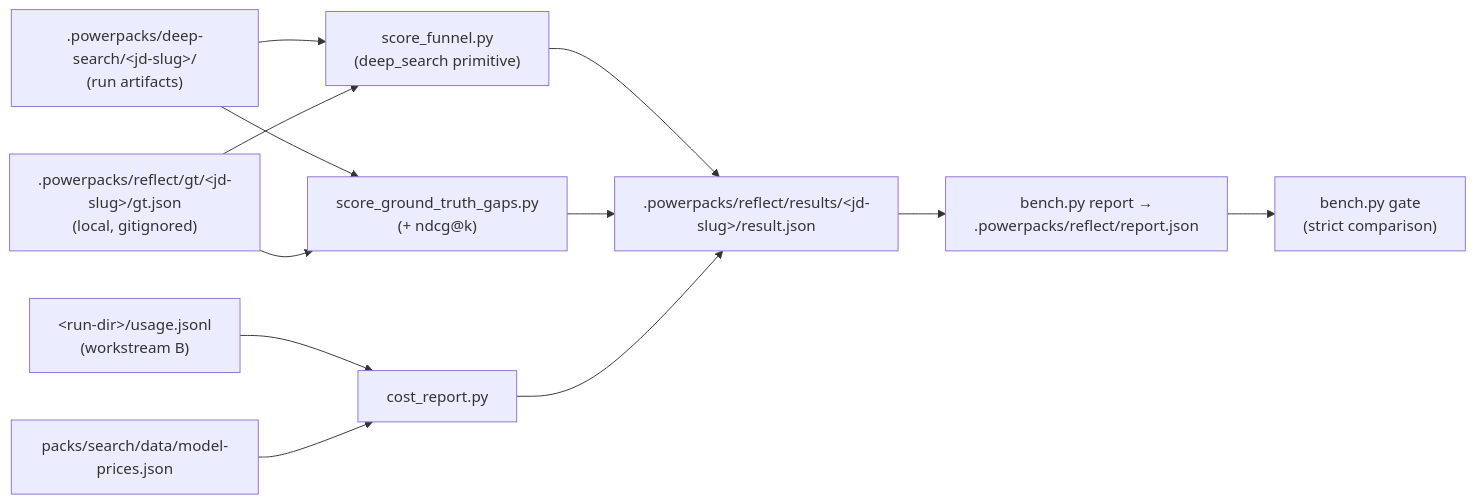
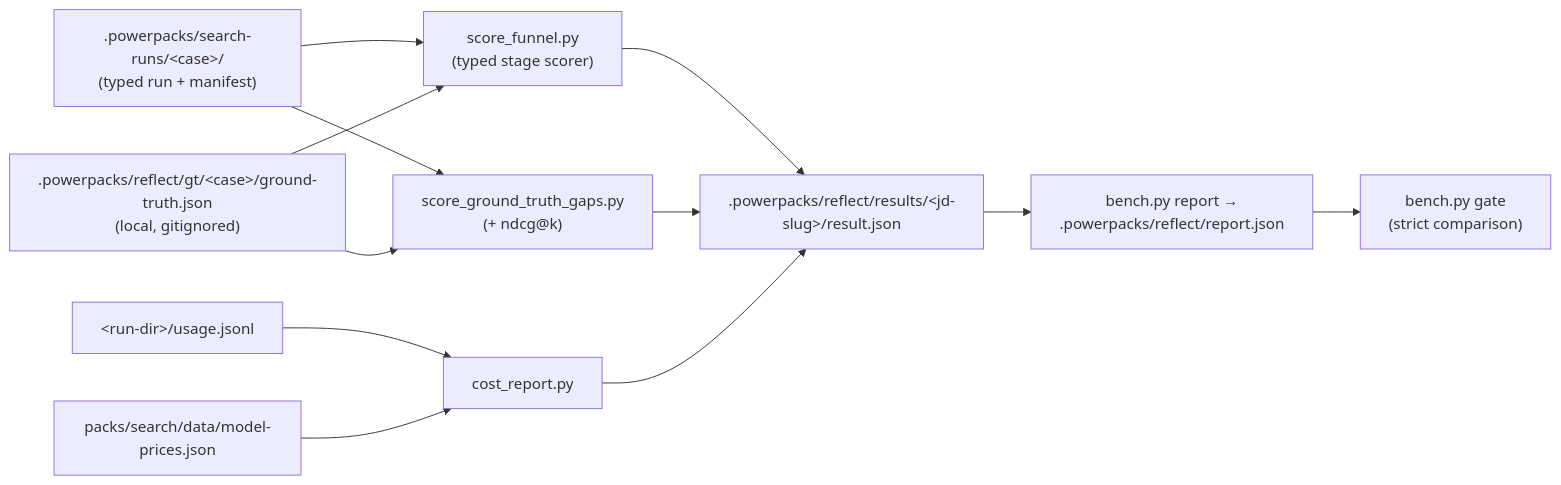
Before and after one commit to powerset-co/powerpacks: the diagram in packs/search/reflect/README.md, drawn with Mermaid. The commit also changed other lines of this file and 11 other files, not shown here.

Commit message:
fix(search): connect Reflect scoring to typed runs

````diff
--- a/packs/search/reflect/README.md
+++ b/packs/search/reflect/README.md
@@ -170,14 +173,14 @@
 ```mermaid
 flowchart LR
-    RD[".powerpacks/deep-search/&lt;jd-slug&gt;/<br/>(run artifacts)"] --> SF["score_funnel.py<br/>(deep_search primitive)"]
-    GT[".powerpacks/reflect/gt/&lt;jd-slug&gt;/gt.json<br/>(local, gitignored)"] --> SF
+    RD[".powerpacks/search-runs/&lt;case&gt;/<br/>(typed run + manifest)"] --> SF["score_funnel.py<br/>(typed stage scorer)"]
+    GT[".powerpacks/reflect/gt/&lt;case&gt;/ground-truth.json<br/>(local, gitignored)"] --> SF
     RD --> GG["score_ground_truth_gaps.py<br/>(+ ndcg@k)"]
     GT --> GG
-    UL["&lt;run-dir&gt;/usage.jsonl<br/>(workstream B)"] --> CR["cost_report.py"]
+    UL["&lt;run-dir&gt;/usage.jsonl"] --> CR["cost_report.py"]
     MP["packs/search/data/model-prices.json"] --> CR
     SF --> RES[".powerpacks/reflect/results/&lt;jd-slug&gt;/result.json"]
     GG --> RES
     CR --> RES
     RES --> REP["bench.py report →<br/>.powerpacks/reflect/report.json"]
     REP --> GATE["bench.py gate<br/>(strict comparison)"]
 ```
````
